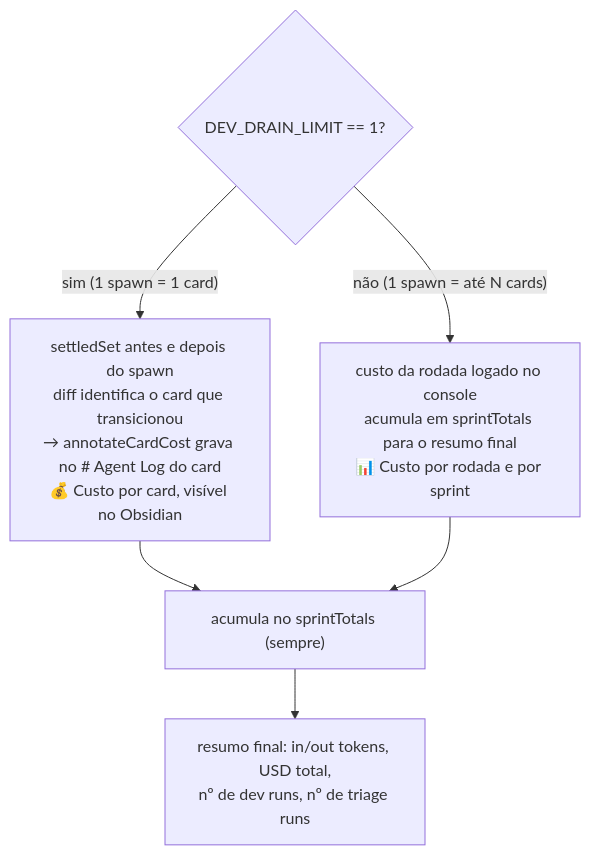
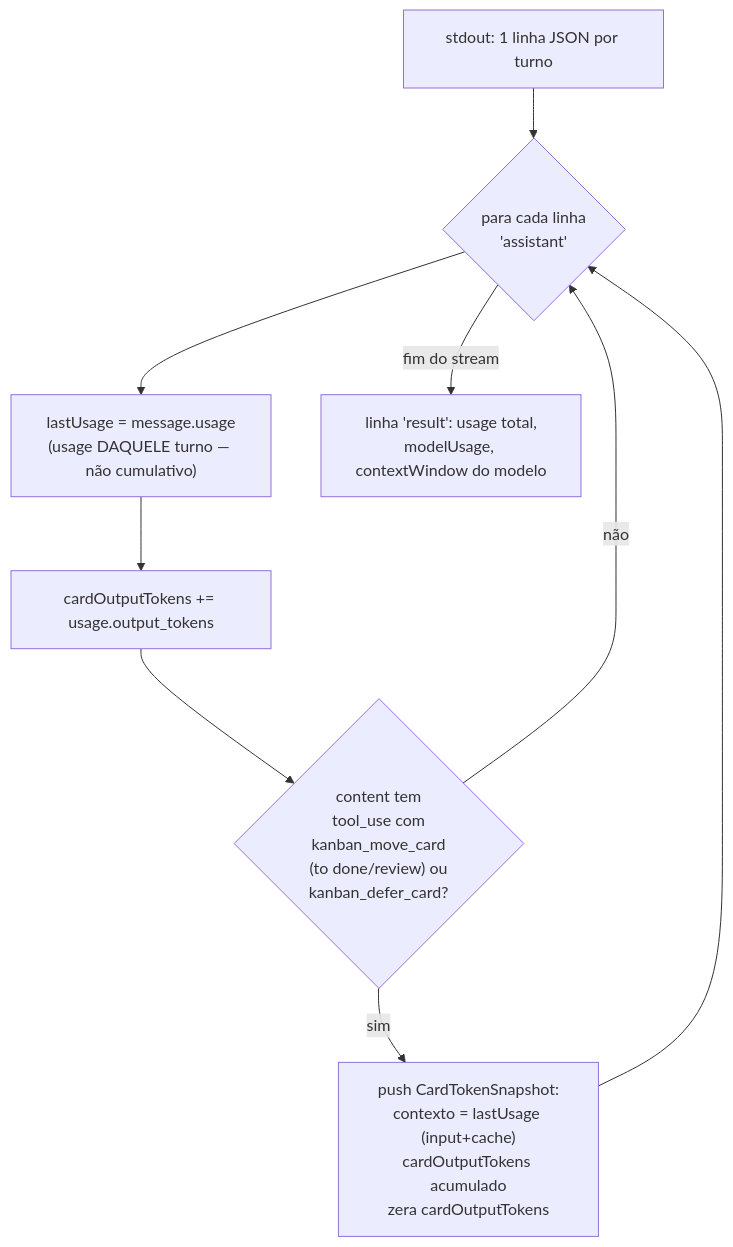
One commit to kauelopes/obsidianban changed the sixth of 9 diagrams in docs/for-agents/sprint-workflow.md. Above: the diagram before and after it, drawn with Mermaid. The commit also changed other lines of this file and 29 other files, not shown here.

First line of the commit message:
feat: rastreia tokens de cache e custo medido por card, alerta de idle no workflow

````diff
--- a/docs/for-agents/sprint-workflow.md
+++ b/docs/for-agents/sprint-workflow.md
@@ -237,11 +238,14 @@
 ```mermaid
 flowchart TD
-    N{"DEV_DRAIN_LIMIT == 1?"}
+    STREAM["stdout: 1 linha JSON por turno"] --> LOOP{"para cada linha<br/>'assistant'"}
 
-    N -->|"sim (1 spawn = 1 card)"| PERCARD["settledSet antes e depois do spawn<br/>diff identifica o card que transicionou<br/>→ annotateCardCost grava no # Agent Log do card<br/>💰 Custo por card, visível no Obsidian"]
-    N -->|"não (1 spawn = até N cards)"| PERROUND["custo da rodada logado no console<br/>acumula em sprintTotals para o resumo final<br/>📊 Custo por rodada e por sprint"]
+    LOOP --> USAGE["lastUsage = message.usage<br/>(usage DAQUELE turno — não cumulativo)"]
+    USAGE --> ACC["cardOutputTokens += usage.output_tokens"]
+    ACC --> TOOL{"content tem<br/>tool_use com<br/>kanban_move_card<br/>(to done/review) ou<br/>kanban_defer_card?"}
 
-    PERCARD --> AGG["acumula no sprintTotals (sempre)"]
-    PERROUND --> AGG
-    AGG --> SUMMARY["resumo final: in/out tokens, USD total,<br/>nº de dev runs, nº de triage runs"]
+    TOOL -->|não| LOOP
+    TOOL -->|sim| SNAP["push CardTokenSnapshot:<br/>contexto = lastUsage (input+cache)<br/>cardOutputTokens acumulado<br/>zera cardOutputTokens"]
+    SNAP --> LOOP
+
+    LOOP -->|fim do stream| RESULT["linha 'result': usage total,<br/>modelUsage, contextWindow do modelo"]
 ```
````
